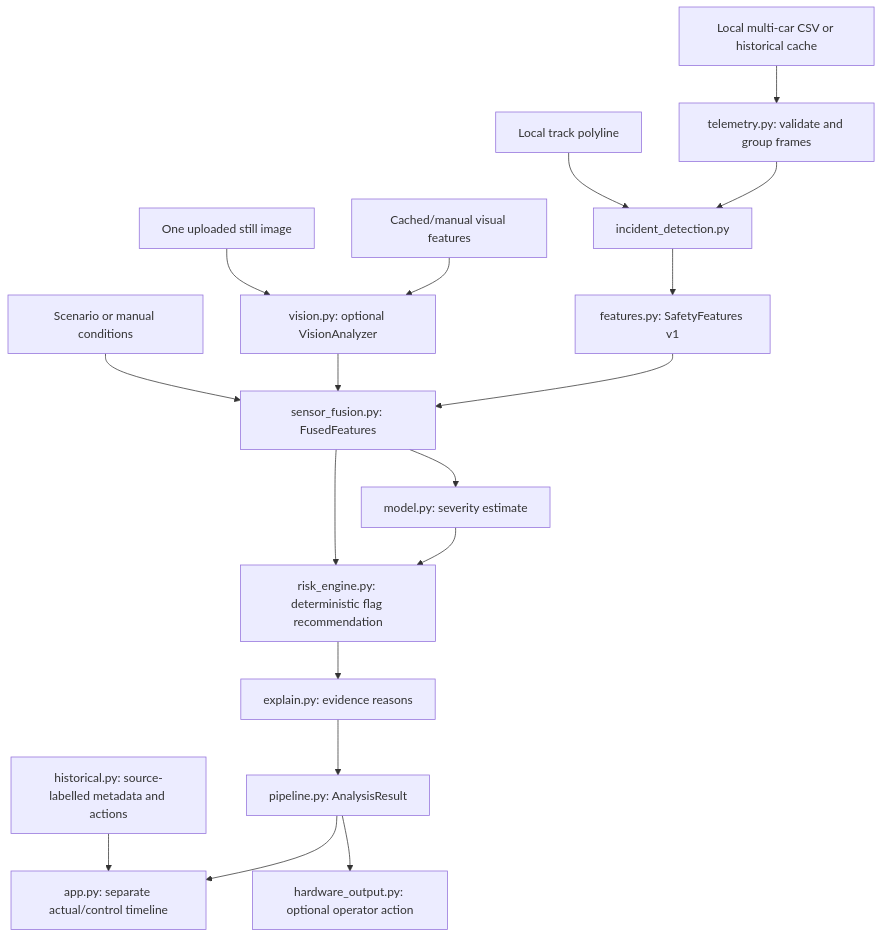
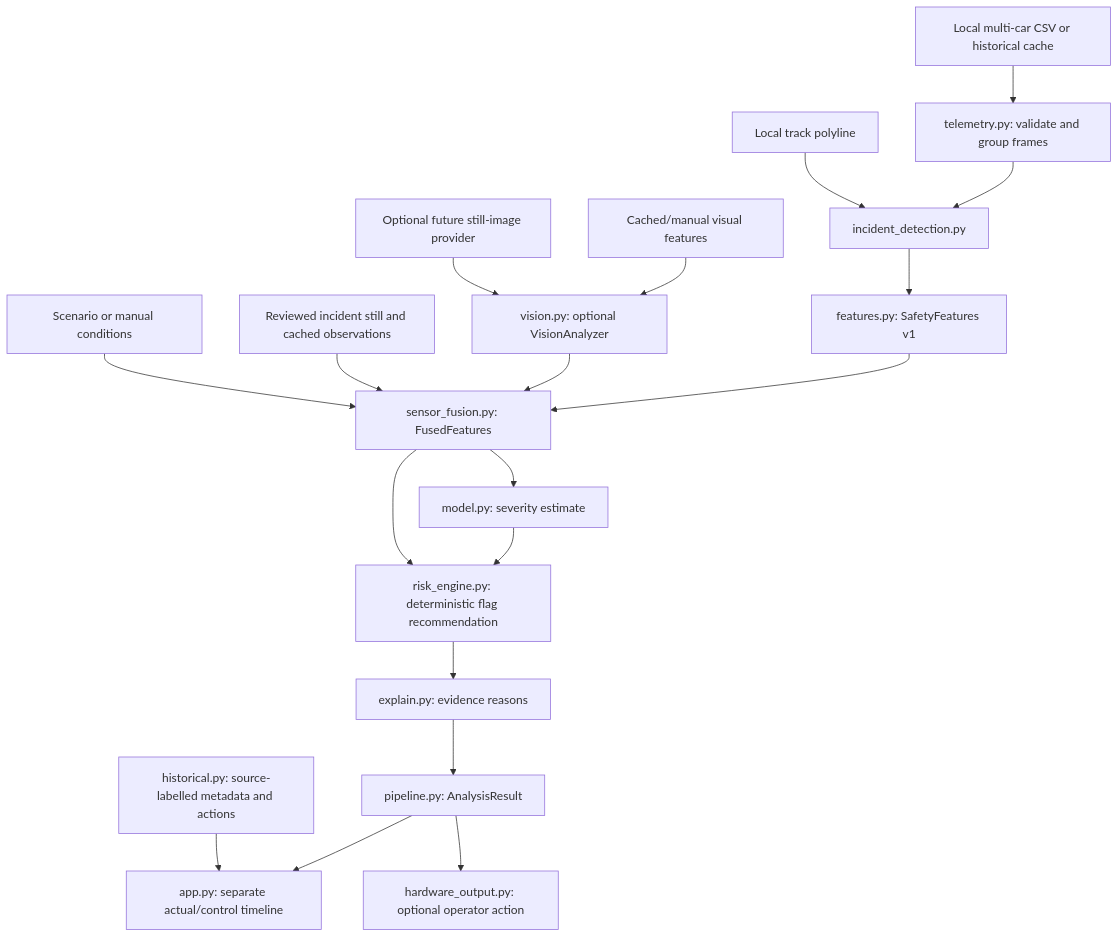
One commit to Ericdmch/formula_telemetry_display changed the first of 2 diagrams in docs/ARCHITECTURE.md. Above: the diagram before and after it, drawn with Mermaid. The commit also changed other lines of this file and 40 other files, not shown here.

````diff
--- a/docs/ARCHITECTURE.md
+++ b/docs/ARCHITECTURE.md
@@ -5,20 +5,21 @@
 ```mermaid
 flowchart TB
   CSV[Local multi-car CSV or historical cache] --> TL[telemetry.py: validate and group frames]
   HIST[historical.py: source-labelled metadata and actions] --> UI[app.py: separate actual/control timeline]
   TRACK[Local track polyline] --> DET[incident_detection.py]
   TL --> DET
   DET --> FEAT[features.py: SafetyFeatures v1]
   WEATHER[Scenario or manual conditions] --> FUSE[sensor_fusion.py: FusedFeatures]
-  PHOTO[One uploaded still image] --> VISION[vision.py: optional VisionAnalyzer]
+  PHOTO[Optional future still-image provider] --> VISION[vision.py: optional VisionAnalyzer]
+  BUNDLED[Reviewed incident still and cached observations] --> FUSE
   CACHE[Cached/manual visual features] --> VISION
   VISION --> FUSE
   FEAT --> FUSE
   FUSE --> MODEL[model.py: severity estimate]
   FUSE --> RULES[risk_engine.py: deterministic flag recommendation]
   MODEL --> RULES
   RULES --> EXPLAIN[explain.py: evidence reasons]
   EXPLAIN --> RESULT[pipeline.py: AnalysisResult]
   RESULT --> UI
   RESULT --> SERIAL[hardware_output.py: optional operator action]
 ```
````
